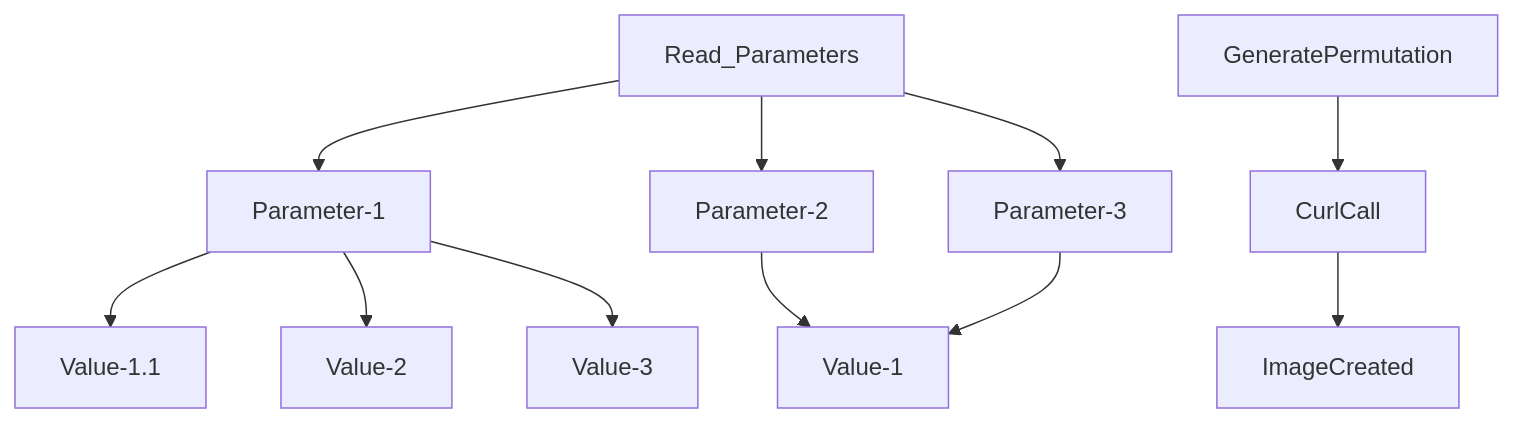
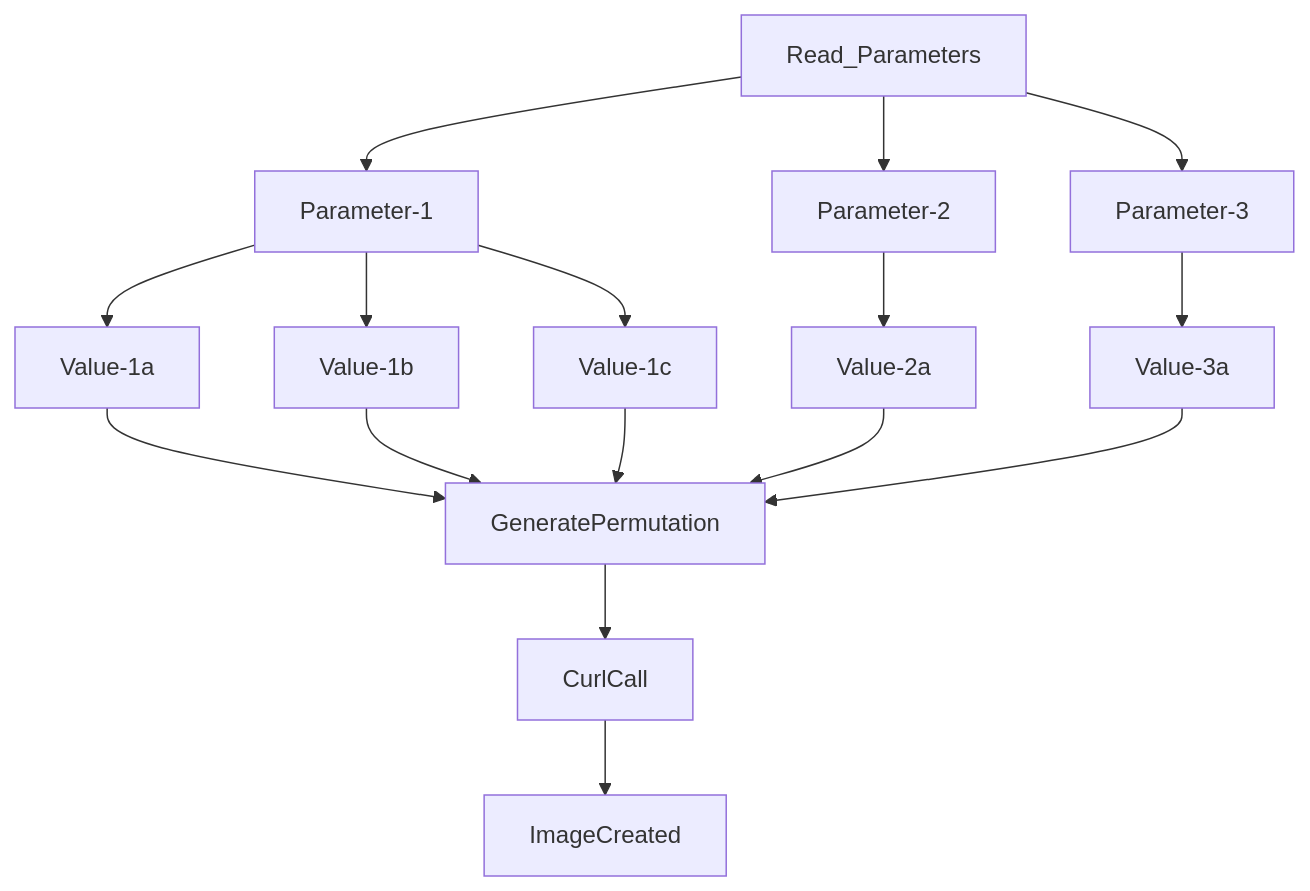
Before and after one commit to daedon/Fooocus-API-XYZ: the diagram in README.md, drawn with Mermaid.

````diff
--- a/README.md
+++ b/README.md
@@ -144,14 +144,19 @@
 ```mermaid
 graph TD;
     Read_Parameters-->Parameter-1;
     Read_Parameters-->Parameter-2;
     Read_Parameters-->Parameter-3;
-    Parameter-1-->Value-1.1;
-    Parameter-1-->Value-2;
-    Parameter-1-->Value-3;
-    Parameter-2-->Value-1;
-    Parameter-3-->Value-1;
+    Parameter-1-->Value-1a;
+    Parameter-1-->Value-1b;
+    Parameter-1-->Value-1c;
+    Parameter-2-->Value-2a;
+    Parameter-3-->Value-3a;
 
+    Value-1a-->GeneratePermutation;
+    Value-1b-->GeneratePermutation;
+    Value-1c-->GeneratePermutation;
+    Value-2a-->GeneratePermutation;
+    Value-3a-->GeneratePermutation;
     GeneratePermutation-->CurlCall;
     CurlCall-->ImageCreated;
 ```
````
